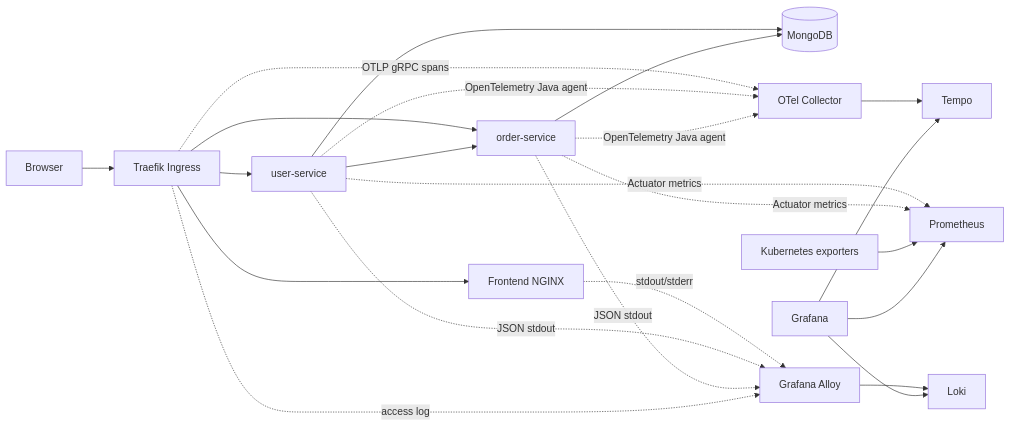
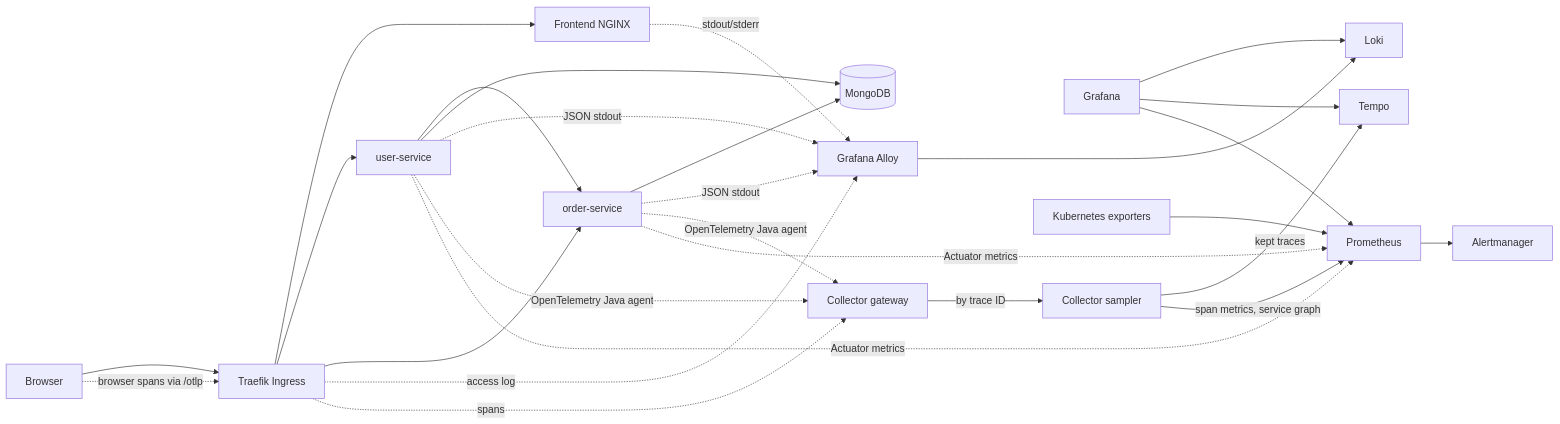
Before and after one commit to kumarisback/gitops: the diagram in LOCAL-LAB-GUIDE.md, drawn with Mermaid. The commit also changed other lines of this file and 2 other files, not shown here.

````diff
--- a/LOCAL-LAB-GUIDE.md
+++ b/LOCAL-LAB-GUIDE.md
@@ -215,28 +215,32 @@
 ```mermaid
 flowchart LR
   B[Browser] --> I[Traefik Ingress]
   I --> F[Frontend NGINX]
   I --> U[user-service]
   I --> O[order-service]
   U --> O
   U --> M[(MongoDB)]
   O --> M
 
   F -. stdout/stderr .-> P[Grafana Alloy]
   U -. JSON stdout .-> P
   O -. JSON stdout .-> P
   I -. access log .-> P
   P --> L[Loki]
   G[Grafana] --> L
 
-  I -. OTLP gRPC spans .-> C[OTel Collector]
+  B -. browser spans via /otlp .-> I
+  I -. spans .-> C[Collector gateway]
   U -. OpenTelemetry Java agent .-> C
   O -. OpenTelemetry Java agent .-> C
-  C --> T[Tempo]
+  C -- by trace ID --> S[Collector sampler]
+  S -- kept traces --> T[Tempo]
+  S -- span metrics, service graph --> R
   G --> T
 
   U -. Actuator metrics .-> R[Prometheus]
   O -. Actuator metrics .-> R
   K[Kubernetes exporters] --> R
+  R --> A[Alertmanager]
   G --> R
 ```
````
